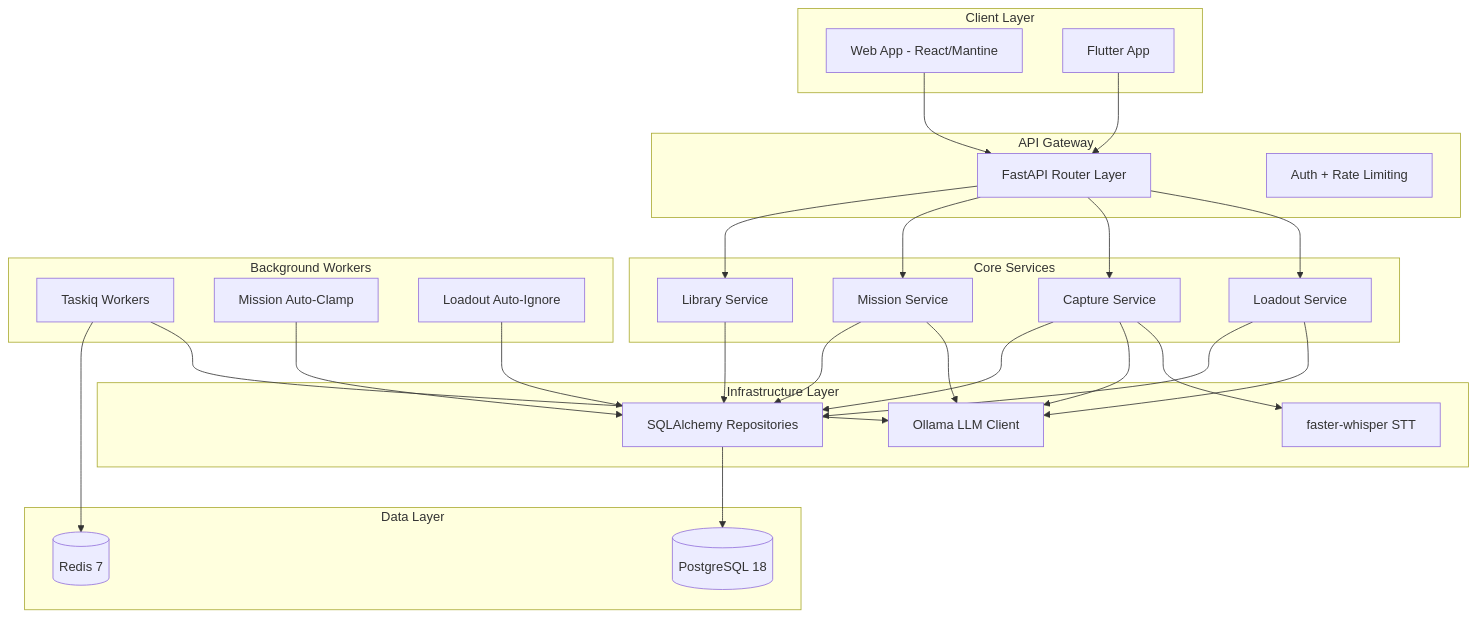
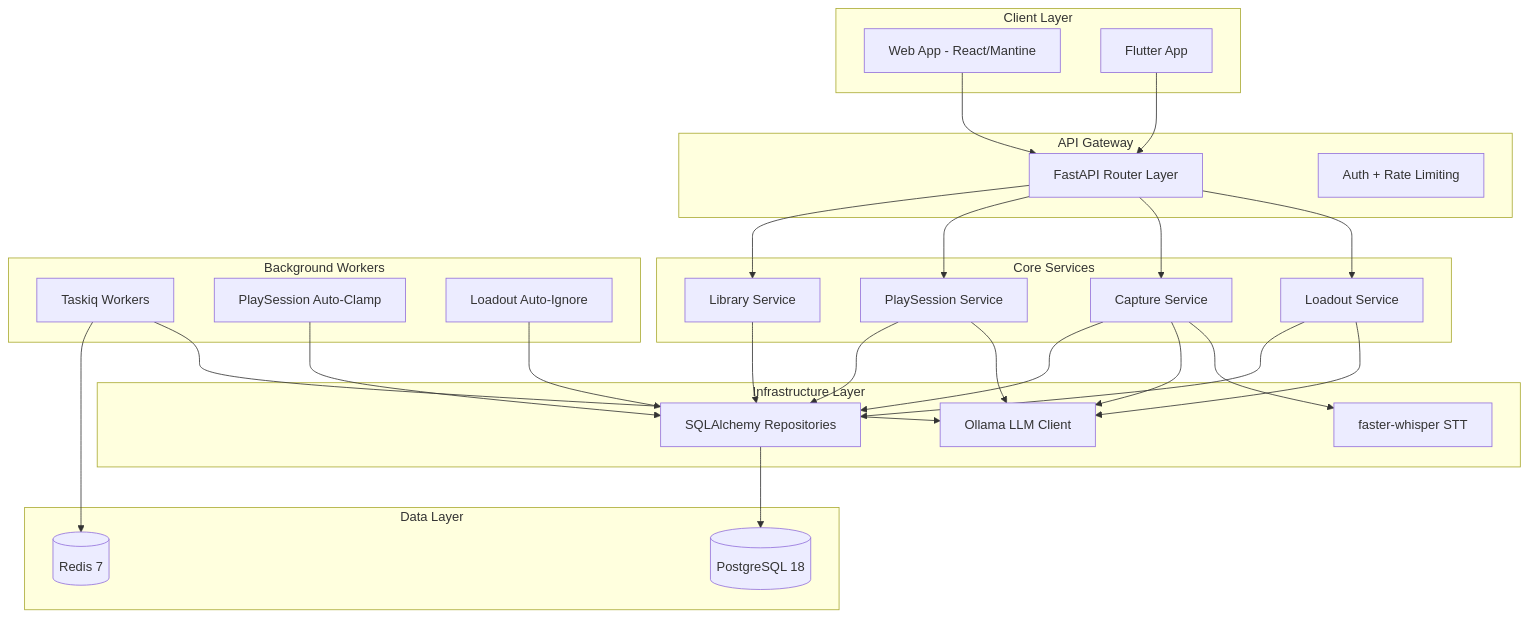
Before and after one commit to ranonbezerra/dailyloadout-monorepo: the diagram in .claude/agents/sparc/architecture.md, drawn with Mermaid. The commit also changed other lines of this file and 65 other files, not shown here.

First line of the commit message:
docs: rename mission/briefing/debrief -> play session/recap/wrap-up everywhere

````diff
--- a/.claude/agents/sparc/architecture.md
+++ b/.claude/agents/sparc/architecture.md
@@ -273,59 +273,59 @@
 ```mermaid
 graph TB
     subgraph "Client Layer"
         WEB[Web App - React/Mantine]
         APP[Flutter App]
     end
 
     subgraph "API Gateway"
         FASTAPI[FastAPI Router Layer]
         MIDDLEWARE[Auth + Rate Limiting]
     end
 
     subgraph "Core Services"
         LIBRARY_SVC[Library Service]
-        MISSION_SVC[Mission Service]
+        PLAY_SESSION_SVC[PlaySession Service]
         CAPTURE_SVC[Capture Service]
         LOADOUT_SVC[Loadout Service]
     end
 
     subgraph "Infrastructure Layer"
         REPO[SQLAlchemy Repositories]
         LLM[Ollama LLM Client]
         STT[faster-whisper STT]
     end
 
     subgraph "Data Layer"
         POSTGRES[(PostgreSQL 18)]
         REDIS[(Redis 7)]
     end
 
     subgraph "Background Workers"
         TASKIQ[Taskiq Workers]
-        AUTO_CLAMP[Mission Auto-Clamp]
+        AUTO_CLAMP[PlaySession Auto-Clamp]
         AUTO_IGNORE[Loadout Auto-Ignore]
     end
 
     WEB --> FASTAPI
     APP --> FASTAPI
 
     FASTAPI --> LIBRARY_SVC
-    FASTAPI --> MISSION_SVC
+    FASTAPI --> PLAY_SESSION_SVC
     FASTAPI --> CAPTURE_SVC
     FASTAPI --> LOADOUT_SVC
 
     LIBRARY_SVC --> REPO
-    MISSION_SVC --> REPO
-    MISSION_SVC --> LLM
+    PLAY_SESSION_SVC --> REPO
+    PLAY_SESSION_SVC --> LLM
     CAPTURE_SVC --> REPO
     CAPTURE_SVC --> LLM
     CAPTURE_SVC --> STT
     LOADOUT_SVC --> REPO
     LOADOUT_SVC --> LLM
 
     REPO --> POSTGRES
     TASKIQ --> REDIS
     TASKIQ --> LLM
     AUTO_CLAMP --> REPO
     AUTO_IGNORE --> REPO
 ```
````
